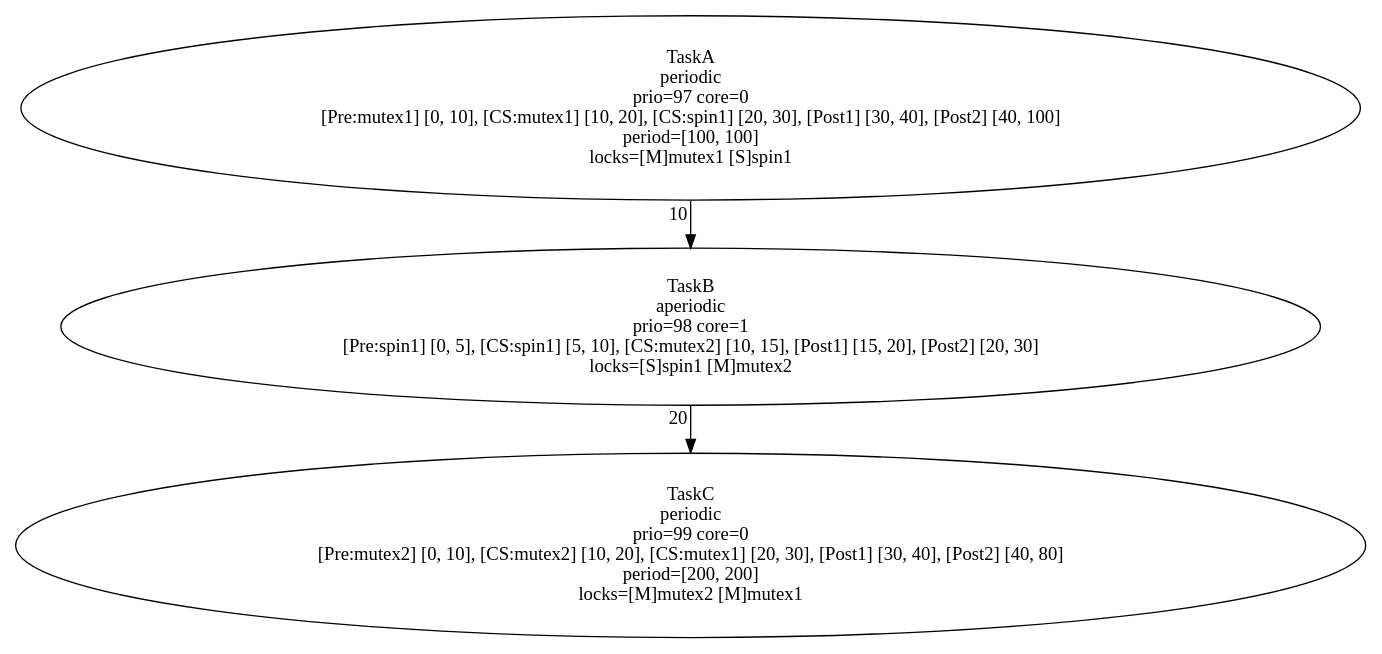
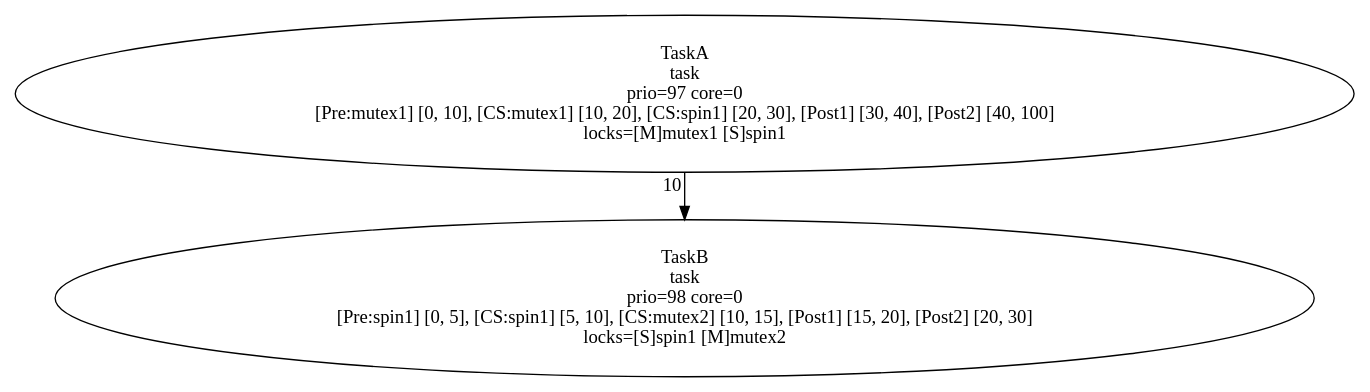
One commit to kevindadi/PPTPN changed the diagram in example/nested_lock/tdg.dot. Above: the diagram before and after it, drawn with Graphviz. The commit also changed 22 other files, not shown here.

```diff
--- a/example/nested_lock/tdg.dot
+++ b/example/nested_lock/tdg.dot
@@ -1,7 +1,5 @@
 digraph G {
-    TaskC [label = "TaskC\nperiodic\nprio=99 core=0\n[Pre:mutex2] [0, 10], [CS:mutex2] [10, 20], [CS:mutex1] [20, 30], [Post1] [30, 40], [Post2] [40, 80]\nperiod=[200, 200]\nlocks=[M]mutex2 [M]mutex1";];
-    TaskB [label = "TaskB\naperiodic\nprio=98 core=1\n[Pre:spin1] [0, 5], [CS:spin1] [5, 10], [CS:mutex2] [10, 15], [Post1] [15, 20], [Post2] [20, 30]\nlocks=[S]spin1 [M]mutex2";];
-    TaskA [label = "TaskA\nperiodic\nprio=97 core=0\n[Pre:mutex1] [0, 10], [CS:mutex1] [10, 20], [CS:spin1] [20, 30], [Post1] [30, 40], [Post2] [40, 100]\nperiod=[100, 100]\nlocks=[M]mutex1 [S]spin1";];
+    TaskB [label = "TaskB\ntask\nprio=98 core=0\n[Pre:spin1] [0, 5], [CS:spin1] [5, 10], [CS:mutex2] [10, 15], [Post1] [15, 20], [Post2] [20, 30]\nlocks=[S]spin1 [M]mutex2";];
+    TaskA [label = "TaskA\ntask\nprio=97 core=0\n[Pre:mutex1] [0, 10], [CS:mutex1] [10, 20], [CS:spin1] [20, 30], [Post1] [30, 40], [Post2] [40, 100]\nlocks=[M]mutex1 [S]spin1";];
     TaskA -> TaskB [xlabel = "10";];
-    TaskB -> TaskC [xlabel = "20";];
 }
```
